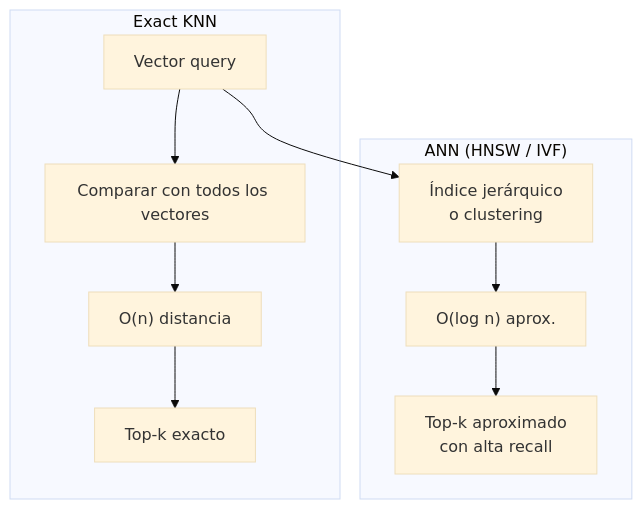
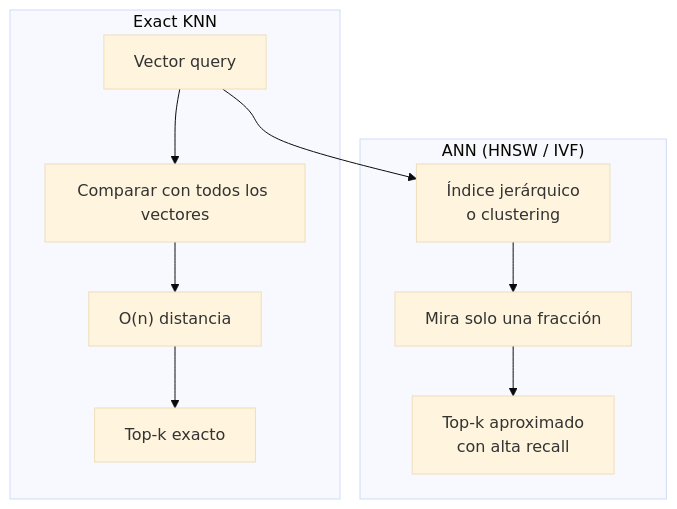
One commit to Adamychen/m10_quarto changed the first of 3 diagrams in bloque1/01d-vectordb.qmd. Above: the diagram before and after it, drawn with Mermaid (base theme). The commit also changed other lines of this file and 17 other files, not shown here.

````diff
--- a/bloque1/01d-vectordb.qmd
+++ b/bloque1/01d-vectordb.qmd
@@ -58,13 +143,13 @@
 ```{mermaid}
 graph TD
     subgraph "Exact KNN"
         A[Vector query] --> B["Comparar con todos los vectores"]
         B --> C["O(n) distancia"]
         C --> D[Top-k exacto]
     end
     subgraph "ANN (HNSW / IVF)"
         A --> E[Índice jerárquico<br/>o clustering]
-        E --> F["O(log n) aprox."]
+        E --> F["Mira solo una fracción"]
         F --> G[Top-k aproximado<br/>con alta recall]
     end
 ```
````
